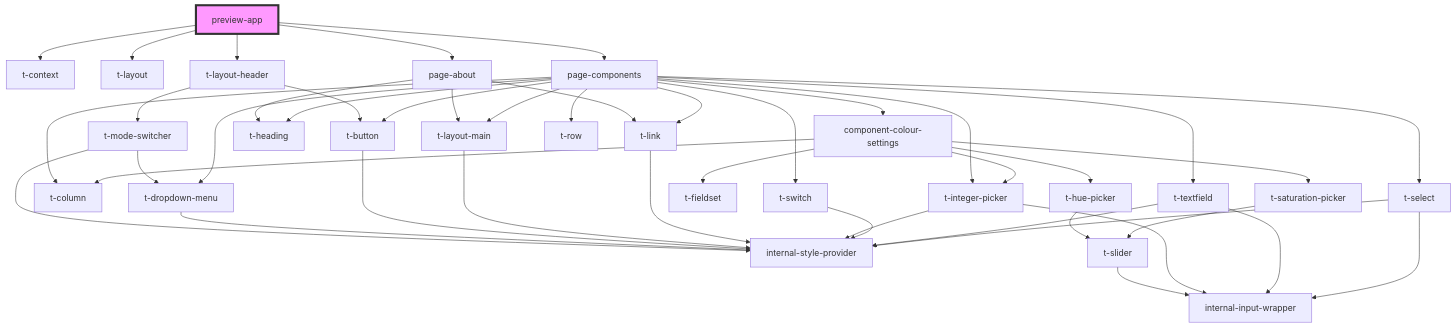
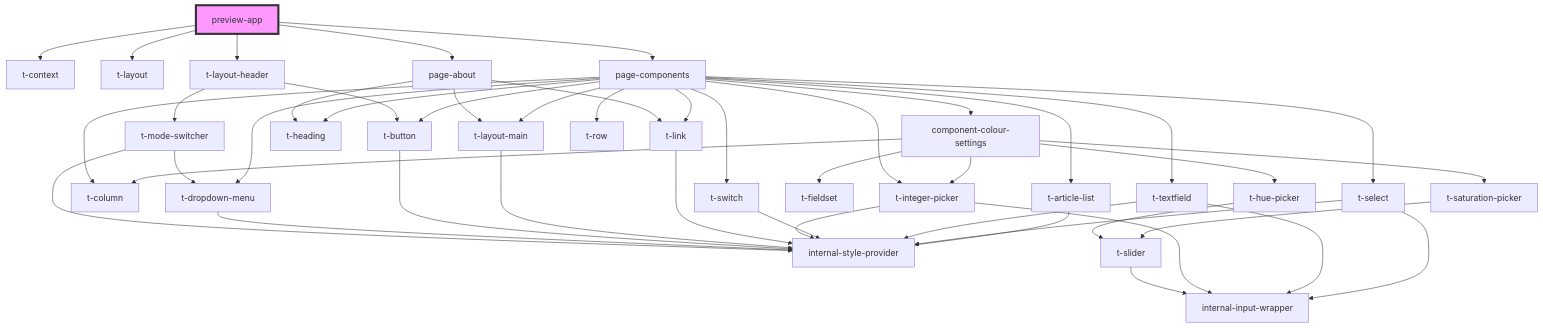
The diagram in packages/stencil/src/preview-app/readme.md (TomasEng/web-components), drawn with Mermaid before and after one commit. The commit also changed 13 other files, not shown here.

````diff
--- a/packages/stencil/src/preview-app/readme.md
+++ b/packages/stencil/src/preview-app/readme.md
@@ -19,47 +19,49 @@
 ```mermaid
 graph TD;
   preview-app --> t-context
   preview-app --> t-layout
   preview-app --> t-layout-header
   preview-app --> page-about
   preview-app --> page-components
   t-layout-header --> t-mode-switcher
   t-layout-header --> t-button
   t-mode-switcher --> internal-style-provider
   t-mode-switcher --> t-dropdown-menu
   t-dropdown-menu --> internal-style-provider
   t-button --> internal-style-provider
   page-about --> t-layout-main
   page-about --> t-heading
   page-about --> t-link
   t-layout-main --> internal-style-provider
   t-link --> internal-style-provider
   page-components --> t-layout-main
   page-components --> component-colour-settings
   page-components --> t-heading
   page-components --> t-button
   page-components --> t-column
   page-components --> t-switch
   page-components --> t-integer-picker
   page-components --> t-textfield
   page-components --> t-select
   page-components --> t-dropdown-menu
   page-components --> t-link
+  page-components --> t-article-list
   page-components --> t-row
   component-colour-settings --> t-fieldset
   component-colour-settings --> t-column
   component-colour-settings --> t-hue-picker
   component-colour-settings --> t-saturation-picker
   component-colour-settings --> t-integer-picker
   t-hue-picker --> t-slider
   t-slider --> internal-input-wrapper
   t-saturation-picker --> t-slider
   t-integer-picker --> internal-style-provider
   t-integer-picker --> internal-input-wrapper
   t-switch --> internal-style-provider
   t-textfield --> internal-style-provider
   t-textfield --> internal-input-wrapper
   t-select --> internal-style-provider
   t-select --> internal-input-wrapper
+  t-article-list --> internal-style-provider
   style preview-app fill:#f9f,stroke:#333,stroke-width:4px
 ```
````
